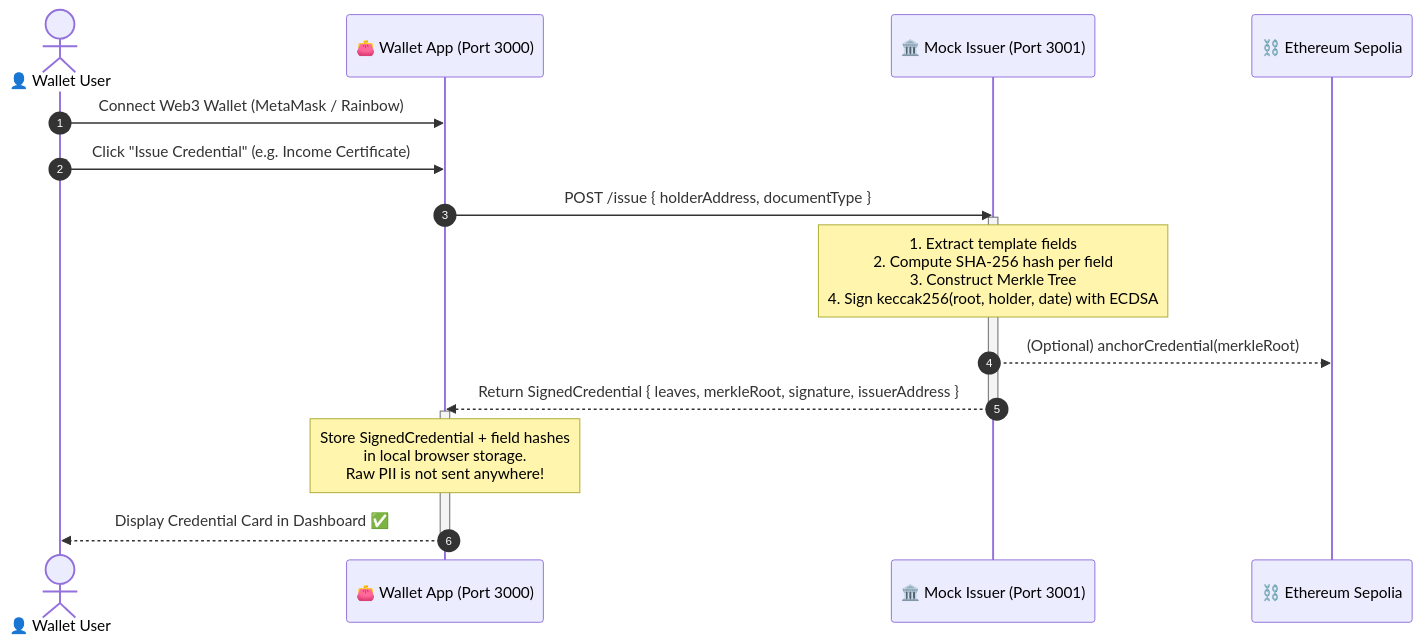
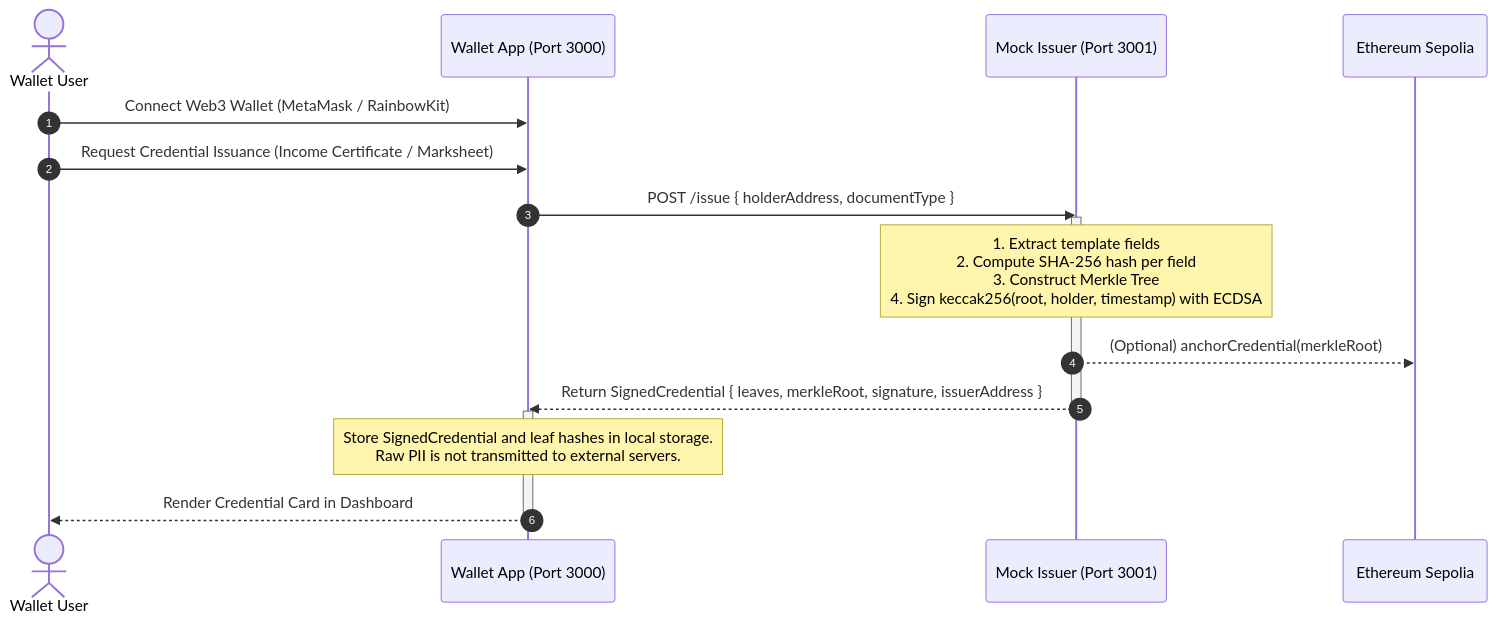
One commit to aditya-raj9125/ZK-Kyc changed the third of 6 diagrams in README.md. Above: the diagram before and after it, drawn with Mermaid. The commit also changed other lines of this file, not shown here.

````diff
--- a/README.md
+++ b/README.md
@@ -153,23 +150,23 @@
 ```mermaid
 sequenceDiagram
     autonumber
-    actor User as 👤 Wallet User
-    participant Wallet as 👛 Wallet App (Port 3000)
-    participant Issuer as 🏛️ Mock Issuer (Port 3001)
-    participant Sepolia as ⛓️ Ethereum Sepolia
+    actor User as Wallet User
+    participant Wallet as Wallet App (Port 3000)
+    participant Issuer as Mock Issuer (Port 3001)
+    participant Sepolia as Ethereum Sepolia
 
-    User->>Wallet: Connect Web3 Wallet (MetaMask / Rainbow)
-    User->>Wallet: Click "Issue Credential" (e.g. Income Certificate)
+    User->>Wallet: Connect Web3 Wallet (MetaMask / RainbowKit)
+    User->>Wallet: Request Credential Issuance (Income Certificate / Marksheet)
     Wallet->>Issuer: POST /issue { holderAddress, documentType }
     
     activate Issuer
-    Note over Issuer: 1. Extract template fields<br/>2. Compute SHA-256 hash per field<br/>3. Construct Merkle Tree<br/>4. Sign keccak256(root, holder, date) with ECDSA
+    Note over Issuer: 1. Extract template fields<br/>2. Compute SHA-256 hash per field<br/>3. Construct Merkle Tree<br/>4. Sign keccak256(root, holder, timestamp) with ECDSA
     Issuer-->>Sepolia: (Optional) anchorCredential(merkleRoot)
     Issuer-->>Wallet: Return SignedCredential { leaves, merkleRoot, signature, issuerAddress }
     deactivate Issuer
 
     activate Wallet
-    Note over Wallet: Store SignedCredential + field hashes<br/>in local browser storage.<br/>Raw PII is not sent anywhere!
-    Wallet-->>User: Display Credential Card in Dashboard ✅
+    Note over Wallet: Store SignedCredential and leaf hashes in local storage.<br/>Raw PII is not transmitted to external servers.
+    Wallet-->>User: Render Credential Card in Dashboard
     deactivate Wallet
 ```
````
